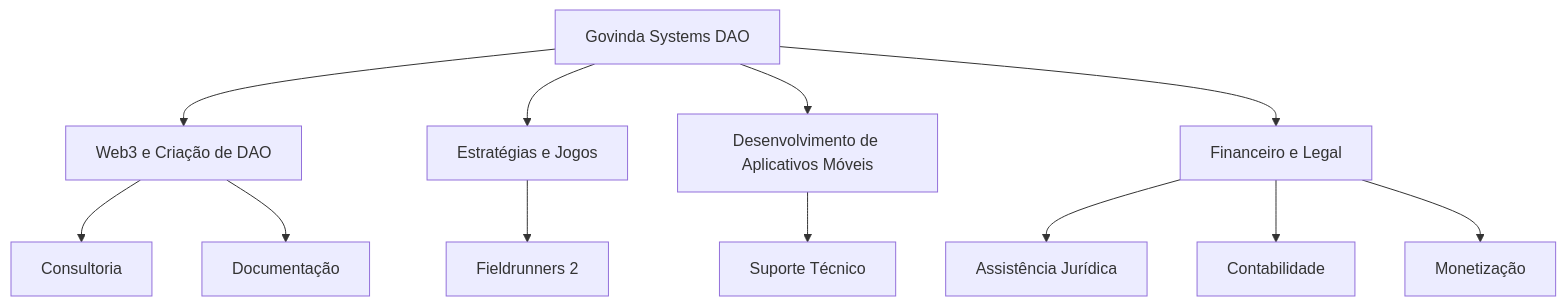
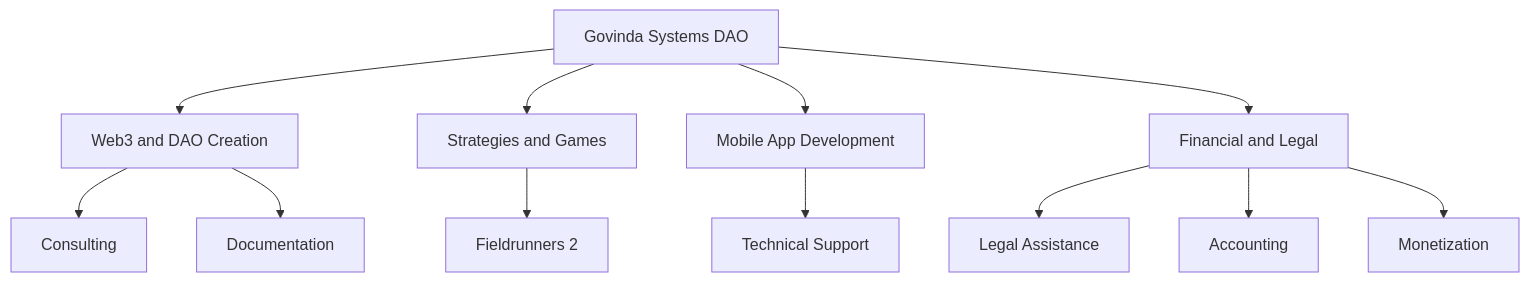
One commit to govinda777/ai_govinda_systems_dao changed the third of 3 diagrams in README.md. Above: the diagram before and after it, drawn with Mermaid. The commit also changed other lines of this file and 1 other file, not shown here.

````diff
--- a/README.md
+++ b/README.md
@@ -107,14 +115,14 @@
 ```mermaid
 graph TD;
-  A[Govinda Systems DAO] --> B[Web3 e Criação de DAO];
-  A --> C[Estratégias e Jogos];
-  A --> D[Desenvolvimento de Aplicativos Móveis];
-  A --> E[Financeiro e Legal];
-  B --> F[Consultoria];
-  B --> G[Documentação];
+  A[Govinda Systems DAO] --> B[Web3 and DAO Creation];
+  A --> C[Strategies and Games];
+  A --> D[Mobile App Development];
+  A --> E[Financial and Legal];
+  B --> F[Consulting];
+  B --> G[Documentation];
   C --> H[Fieldrunners 2];
-  D --> I[Suporte Técnico];
-  E --> J[Assistência Jurídica];
-  E --> K[Contabilidade];
-  E --> L[Monetização];
+  D --> I[Technical Support];
+  E --> J[Legal Assistance];
+  E --> K[Accounting];
+  E --> L[Monetization];
 ```
````
